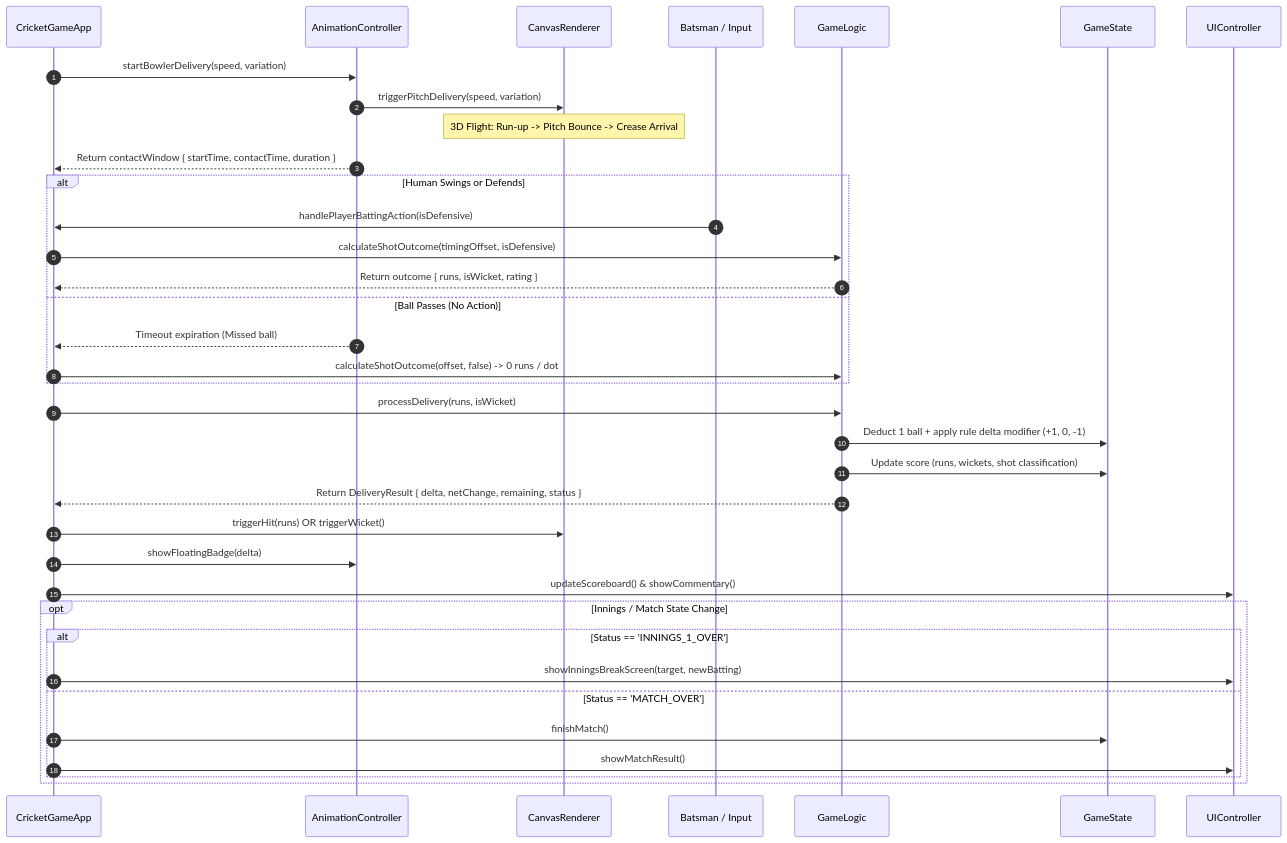
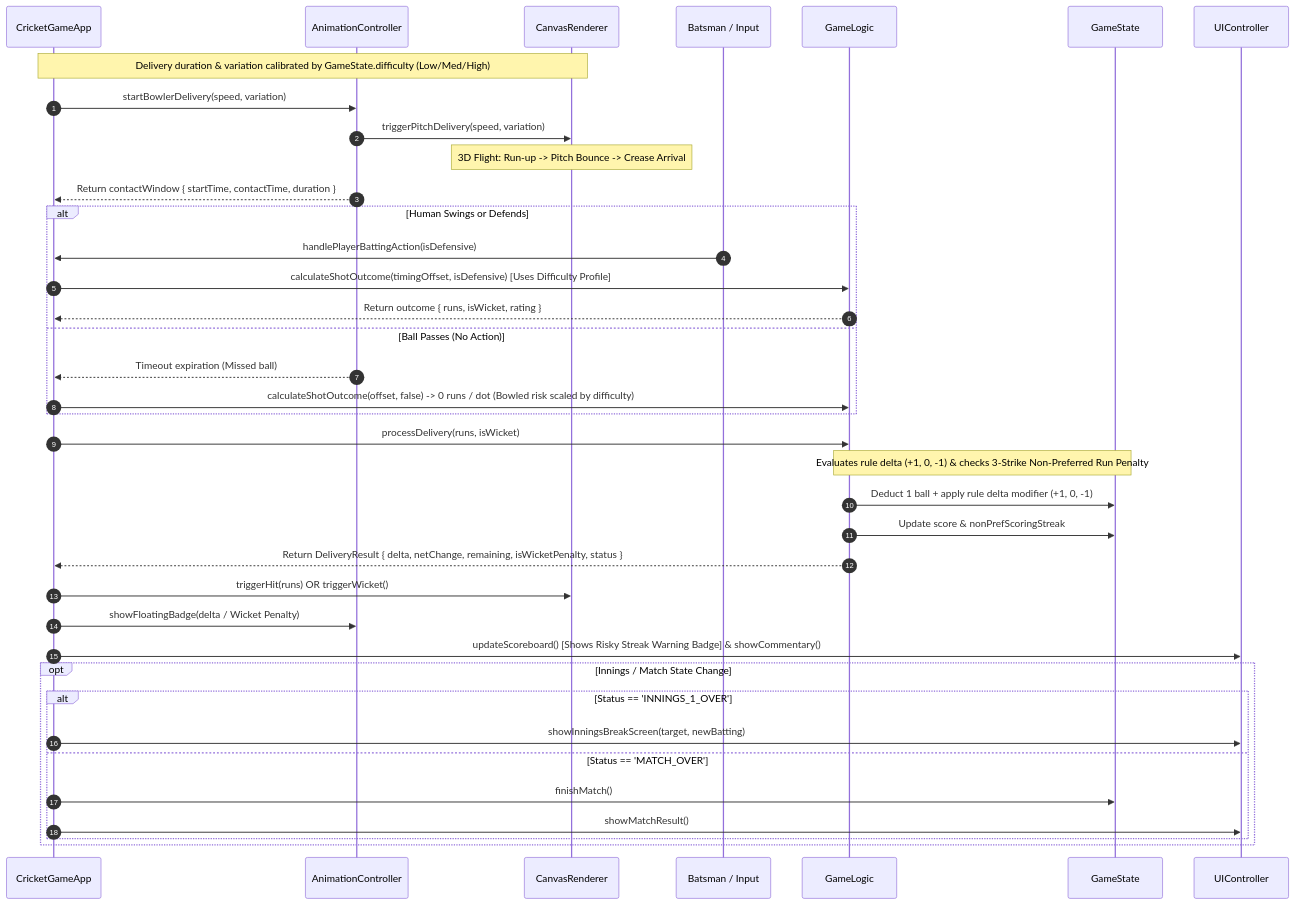
The second of 3 diagrams in ARCHITECTURE.md (ASHAYSHEREKAR/ODD-EVEN-Cricket-Game), drawn with Mermaid before and after one commit. The commit also changed 16 other files, not shown here.

Commit message:
feat: add difficulty modes, 3-strike rule & doc agent - Add Low, Medium, High difficulty slider with calibrated speeds & AI - Implement 3 consecutive non-preferred hits -> 1 wicket penalty - Create DOCUMENTATION_AGENT.md and sync all guides & rules

````diff
--- a/ARCHITECTURE.md
+++ b/ARCHITECTURE.md
@@ -54,43 +54,45 @@
 ```mermaid
 sequenceDiagram
     autonumber
     participant App as CricketGameApp
     participant AC as AnimationController
     participant CR as CanvasRenderer
     participant User as Batsman / Input
     participant GL as GameLogic
     participant GS as GameState
     participant UI as UIController
 
+    Note over App,CR: Delivery duration & variation calibrated by GameState.difficulty (Low/Med/High)
     App->>AC: startBowlerDelivery(speed, variation)
     AC->>CR: triggerPitchDelivery(speed, variation)
     Note over CR: 3D Flight: Run-up -> Pitch Bounce -> Crease Arrival
     AC-->>App: Return contactWindow { startTime, contactTime, duration }
 
     alt Human Swings or Defends
         User->>App: handlePlayerBattingAction(isDefensive)
-        App->>GL: calculateShotOutcome(timingOffset, isDefensive)
+        App->>GL: calculateShotOutcome(timingOffset, isDefensive) [Uses Difficulty Profile]
         GL-->>App: Return outcome { runs, isWicket, rating }
     else Ball Passes (No Action)
         AC-->>App: Timeout expiration (Missed ball)
-        App->>GL: calculateShotOutcome(offset, false) -> 0 runs / dot
+        App->>GL: calculateShotOutcome(offset, false) -> 0 runs / dot (Bowled risk scaled by difficulty)
     end
 
     App->>GL: processDelivery(runs, isWicket)
+    Note over GL,GS: Evaluates rule delta (+1, 0, -1) & checks 3-Strike Non-Preferred Run Penalty
     GL->>GS: Deduct 1 ball + apply rule delta modifier (+1, 0, -1)
-    GL->>GS: Update score (runs, wickets, shot classification)
-    GL-->>App: Return DeliveryResult { delta, netChange, remaining, status }
+    GL->>GS: Update score & nonPrefScoringStreak
+    GL-->>App: Return DeliveryResult { delta, netChange, remaining, isWicketPenalty, status }
 
     App->>CR: triggerHit(runs) OR triggerWicket()
-    App->>AC: showFloatingBadge(delta)
-    App->>UI: updateScoreboard() & showCommentary()
+    App->>AC: showFloatingBadge(delta / Wicket Penalty)
+    App->>UI: updateScoreboard() [Shows Risky Streak Warning Badge] & showCommentary()
 
     opt Innings / Match State Change
         alt Status == 'INNINGS_1_OVER'
             App->>UI: showInningsBreakScreen(target, newBatting)
         else Status == 'MATCH_OVER'
             App->>GS: finishMatch()
             App->>UI: showMatchResult()
         end
     end
 ```
````
